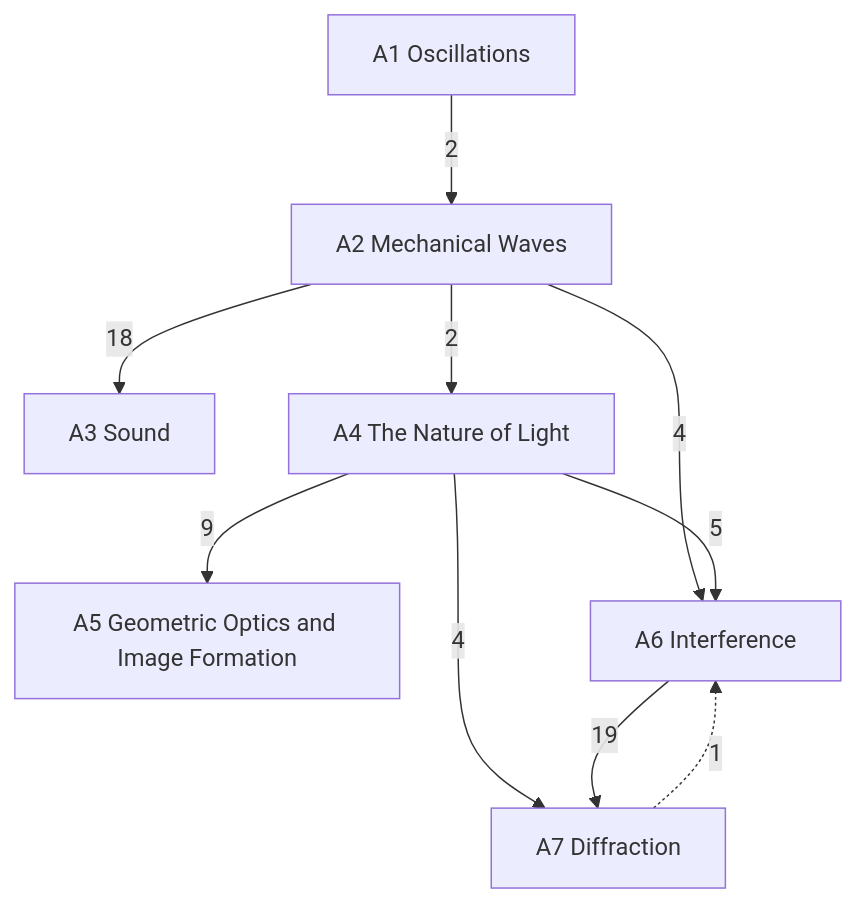
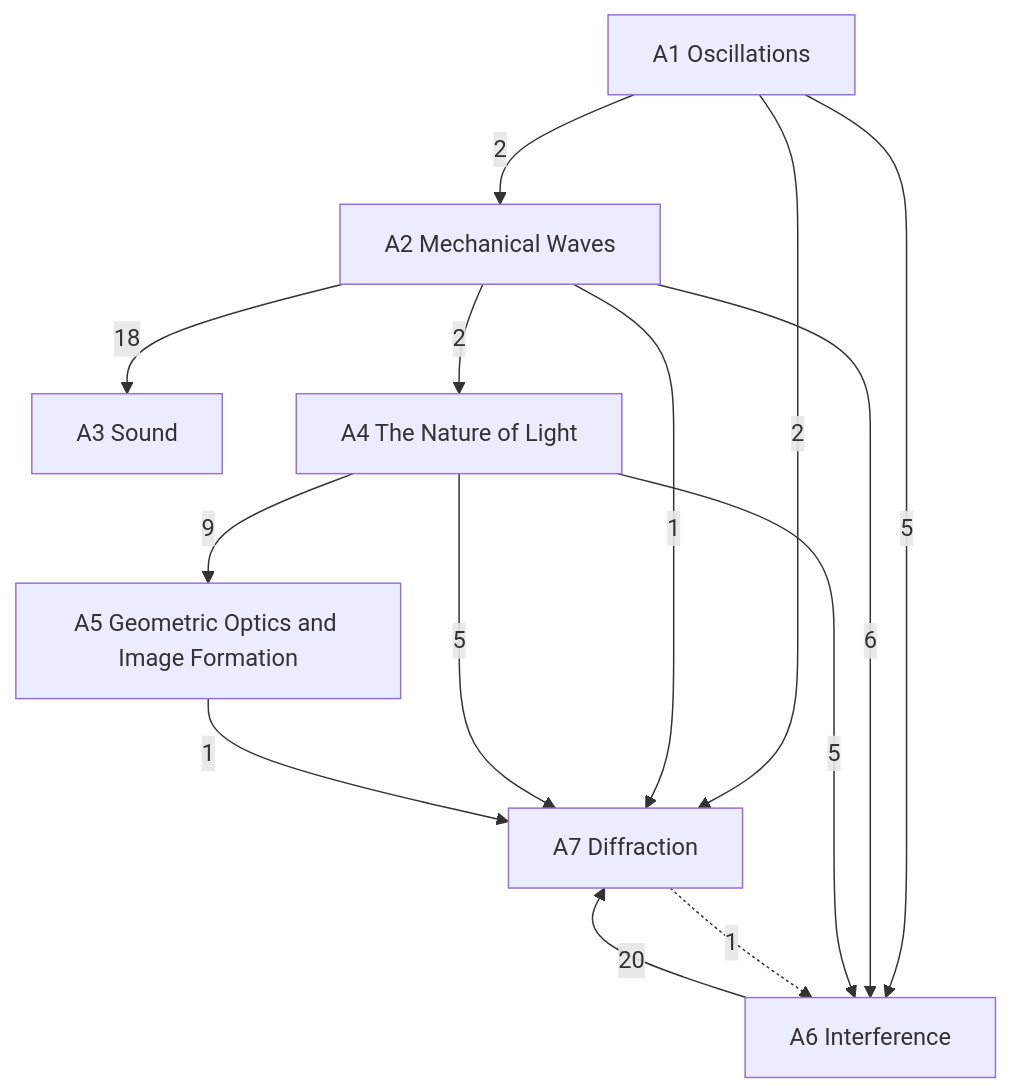
The diagram in Physics/Oscillations, Waves and Optics/Oscillations, Waves and Optics.md (Onion20040508/notes), drawn with Mermaid before and after one commit. The commit also changed 30 other files, not shown here.

````diff
--- a/Physics/Oscillations, Waves and Optics/Oscillations, Waves and Optics.md
+++ b/Physics/Oscillations, Waves and Optics/Oscillations, Waves and Optics.md
@@ -26,19 +26,23 @@
 ```mermaid
 graph TD
   A1["A1 Oscillations"]
   A2["A2 Mechanical Waves"]
   A3["A3 Sound"]
   A4["A4 The Nature of Light"]
   A5["A5 Geometric Optics and Image Formation"]
   A6["A6 Interference"]
   A7["A7 Diffraction"]
   A1 -->|2| A2
   A2 -->|18| A3
   A2 -->|2| A4
   A4 -->|9| A5
-  A2 -->|4| A6
+  A1 -->|5| A6
+  A2 -->|6| A6
   A4 -->|5| A6
-  A4 -->|4| A7
-  A6 -->|19| A7
+  A1 -->|2| A7
+  A2 -->|1| A7
+  A4 -->|5| A7
+  A5 -->|1| A7
+  A6 -->|20| A7
   A7 -.->|1| A6
 ```
````
